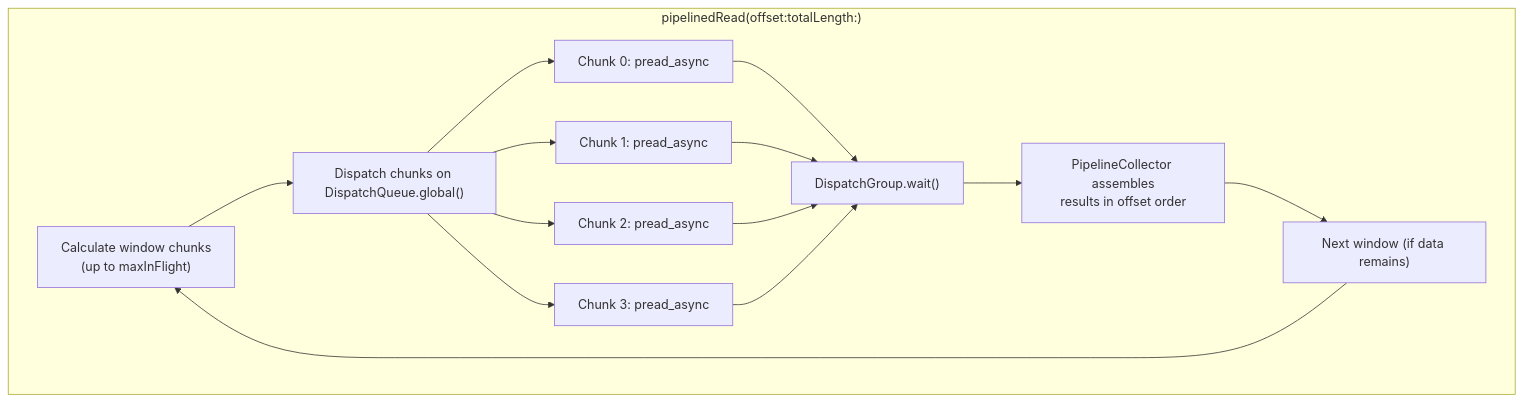
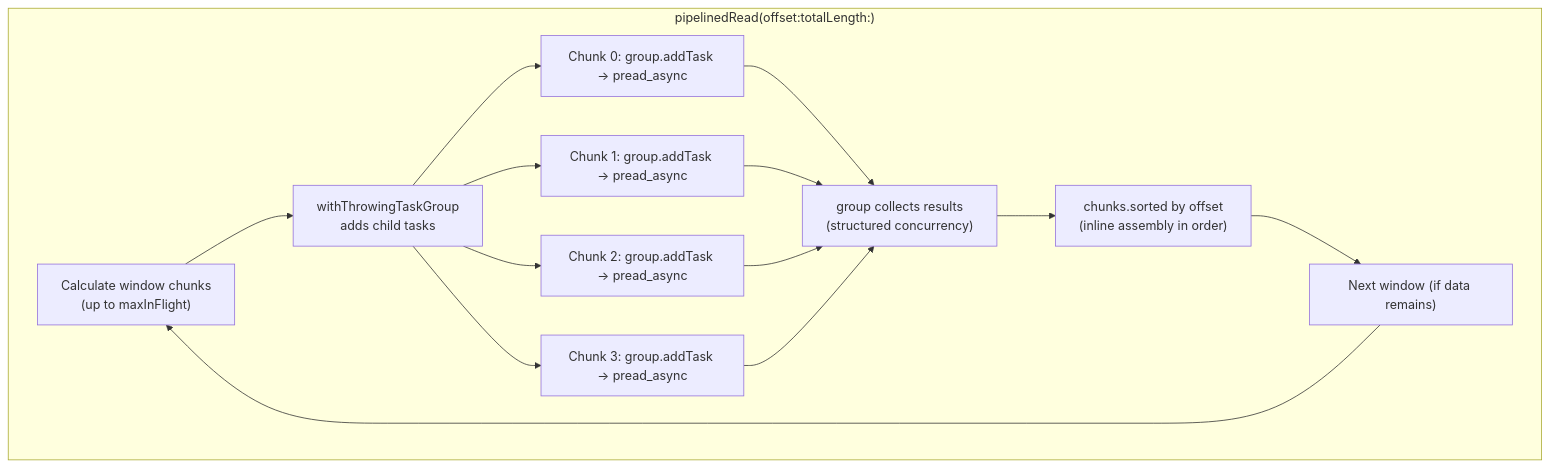
Before and after one commit to simplekube-ro/AMSMB2: the sixth of 6 diagrams in docs/ARCHITECTURE.md, drawn with Mermaid. The commit also changed other lines of this file and 5 other files, not shown here.

````diff
--- a/docs/ARCHITECTURE.md
+++ b/docs/ARCHITECTURE.md
@@ -180,17 +190,17 @@
 ```mermaid
 flowchart TB
     subgraph "pipelinedRead(offset:totalLength:)"
-        PR["Calculate window chunks<br/>(up to maxInFlight)"] --> DISP["Dispatch chunks on DispatchQueue.global()"]
-        DISP --> W1["Chunk 0: pread_async"]
-        DISP --> W2["Chunk 1: pread_async"]
-        DISP --> W3["Chunk 2: pread_async"]
-        DISP --> W4["Chunk 3: pread_async"]
-        W1 --> GW["DispatchGroup.wait()"]
+        PR["Calculate window chunks<br/>(up to maxInFlight)"] --> DISP["withThrowingTaskGroup<br/>adds child tasks"]
+        DISP --> W1["Chunk 0: group.addTask → pread_async"]
+        DISP --> W2["Chunk 1: group.addTask → pread_async"]
+        DISP --> W3["Chunk 2: group.addTask → pread_async"]
+        DISP --> W4["Chunk 3: group.addTask → pread_async"]
+        W1 --> GW["group collects results<br/>(structured concurrency)"]
         W2 --> GW
         W3 --> GW
         W4 --> GW
-        GW --> COLLECT["PipelineCollector assembles<br/>results in offset order"]
+        GW --> COLLECT["chunks.sorted by offset<br/>(inline assembly in order)"]
         COLLECT --> NEXT["Next window (if data remains)"]
         NEXT --> PR
     end
 ```
````
